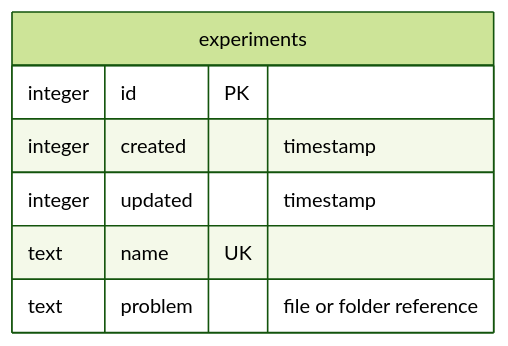
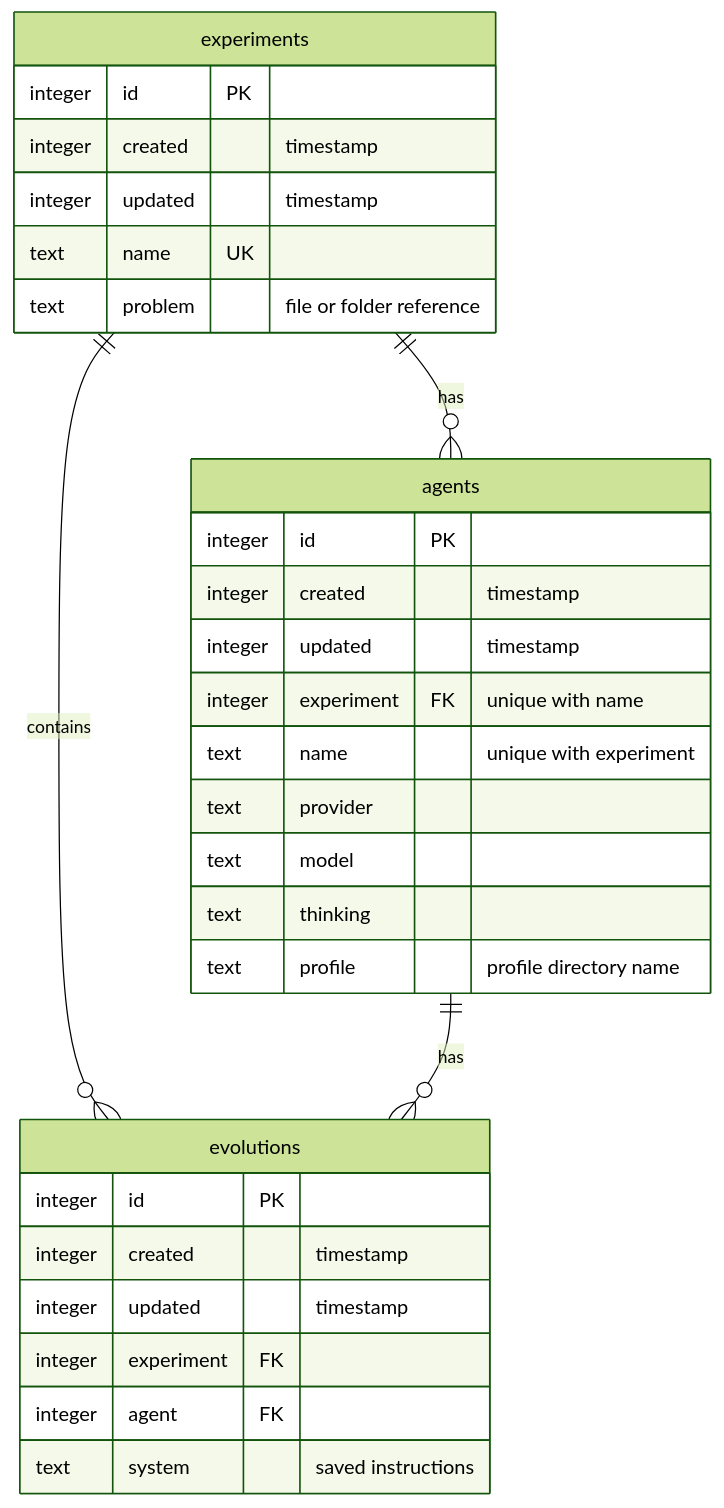
Before and after one commit to BenCoDev/dsgnrd: the diagram in docs/diagrams/dsgnrd-current.mmd, drawn with Mermaid (forest theme). The commit also changed 28 other files, not shown here.

Commit message:
Create and list agents for an experiment (#2)

```diff
--- a/docs/diagrams/dsgnrd-current.mmd
+++ b/docs/diagrams/dsgnrd-current.mmd
@@ -1,8 +1,30 @@
 erDiagram
     experiments {
         integer id PK
         integer created "timestamp"
         integer updated "timestamp"
         text name UK
         text problem "file or folder reference"
     }
+    agents {
+        integer id PK
+        integer created "timestamp"
+        integer updated "timestamp"
+        integer experiment FK "unique with name"
+        text name "unique with experiment"
+        text provider
+        text model
+        text thinking
+        text profile "profile directory name"
+    }
+    evolutions {
+        integer id PK
+        integer created "timestamp"
+        integer updated "timestamp"
+        integer experiment FK
+        integer agent FK
+        text system "saved instructions"
+    }
+    experiments ||--o{ agents : has
+    experiments ||--o{ evolutions : contains
+    agents ||--o{ evolutions : has
```
